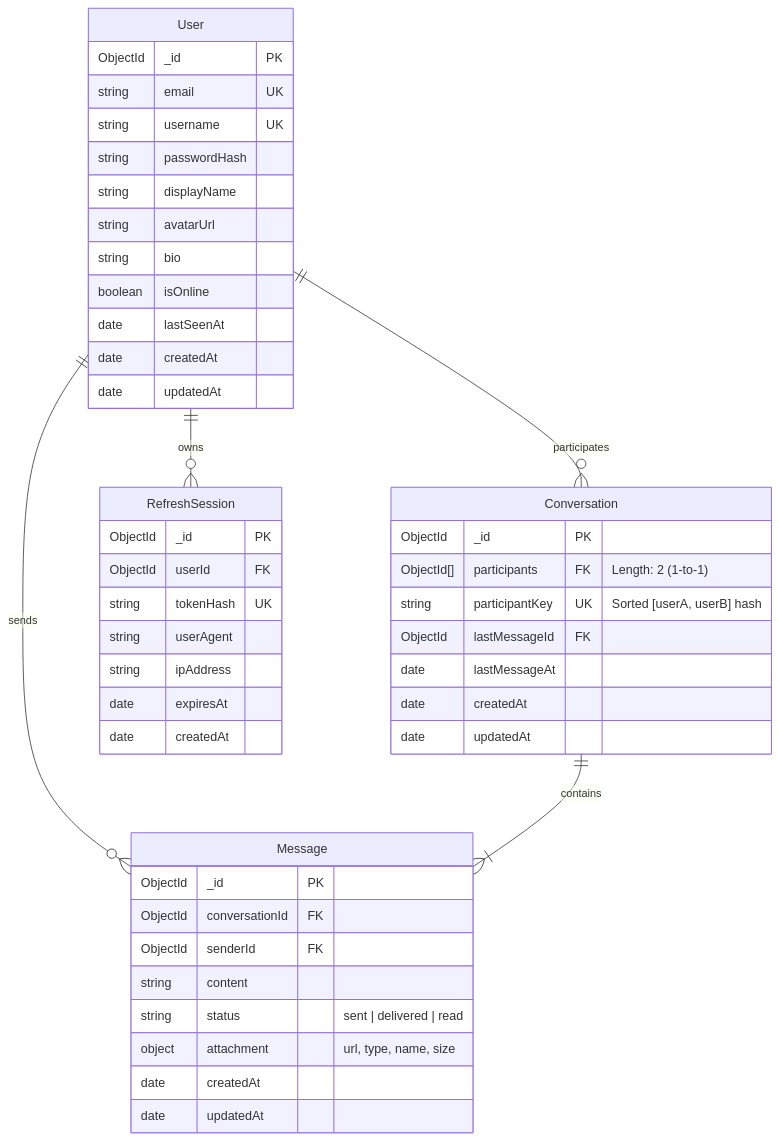
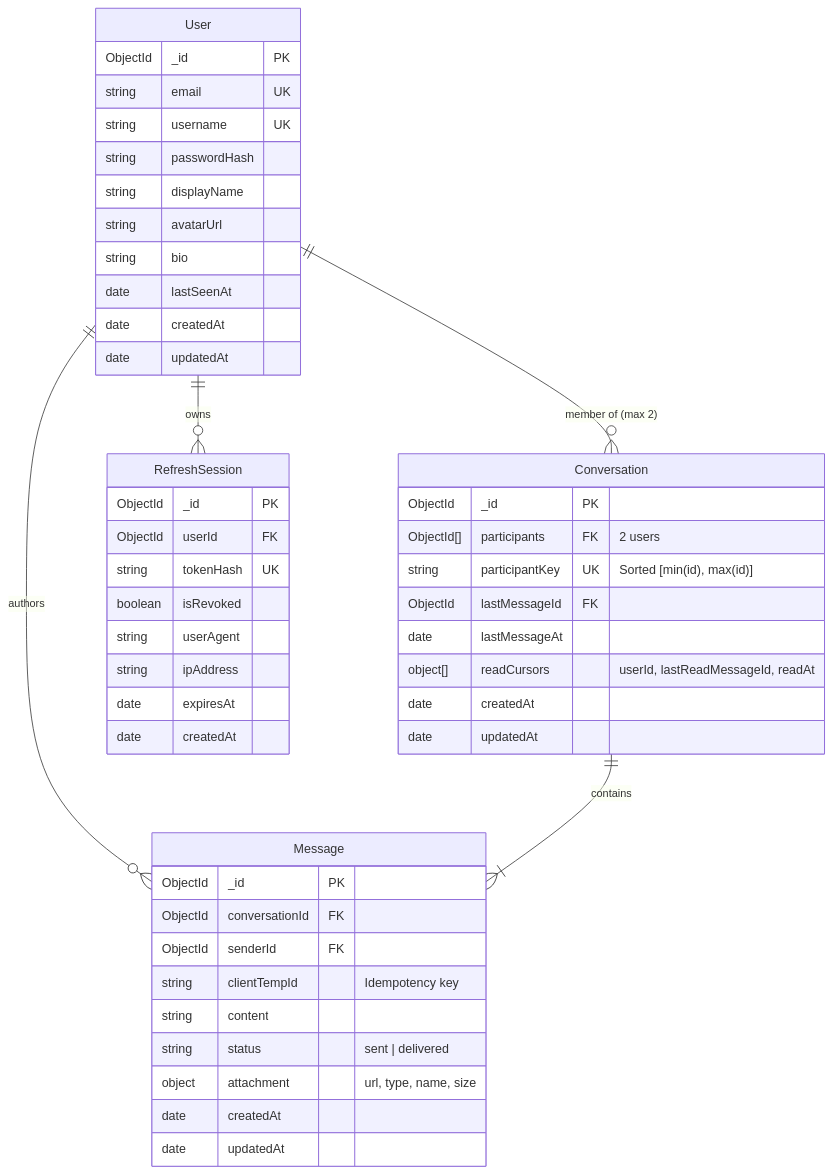
One commit to prabhu-developer/connectly changed the third of 3 diagrams in docs/architecture.md. Above: the diagram before and after it, drawn with Mermaid. The commit also changed other lines of this file and 30 other files, not shown here.

````diff
--- a/docs/architecture.md
+++ b/docs/architecture.md
@@ -120,52 +213,54 @@
 ```mermaid
 erDiagram
-    User ||--o{ Conversation : participates
-    User ||--o{ Message : sends
-    User ||--o{ RefreshSession : owns
-    Conversation ||--|{ Message : contains
+    User ||--o{ Conversation : "member of (max 2)"
+    User ||--o{ Message : "authors"
+    User ||--o{ RefreshSession : "owns"
+    Conversation ||--|{ Message : "contains"
 
     User {
         ObjectId _id PK
         string email UK
         string username UK
         string passwordHash
         string displayName
         string avatarUrl
         string bio
-        boolean isOnline
         date lastSeenAt
         date createdAt
         date updatedAt
     }
 
     Conversation {
         ObjectId _id PK
-        ObjectId[] participants FK "Length: 2 (1-to-1)"
-        string participantKey UK "Sorted [userA, userB] hash"
+        ObjectId[] participants FK "2 users"
+        string participantKey UK "Sorted [min(id), max(id)]"
         ObjectId lastMessageId FK
         date lastMessageAt
+        object[] readCursors "userId, lastReadMessageId, readAt"
         date createdAt
         date updatedAt
     }
 
     Message {
         ObjectId _id PK
         ObjectId conversationId FK
         ObjectId senderId FK
+        string clientTempId "Idempotency key"
         string content
-        string status "sent | delivered | read"
+        string status "sent | delivered"
         object attachment "url, type, name, size"
         date createdAt
         date updatedAt
     }
 
     RefreshSession {
         ObjectId _id PK
         ObjectId userId FK
         string tokenHash UK
+        boolean isRevoked
         string userAgent
         string ipAddress
         date expiresAt
         date createdAt
     }
 ```
````
